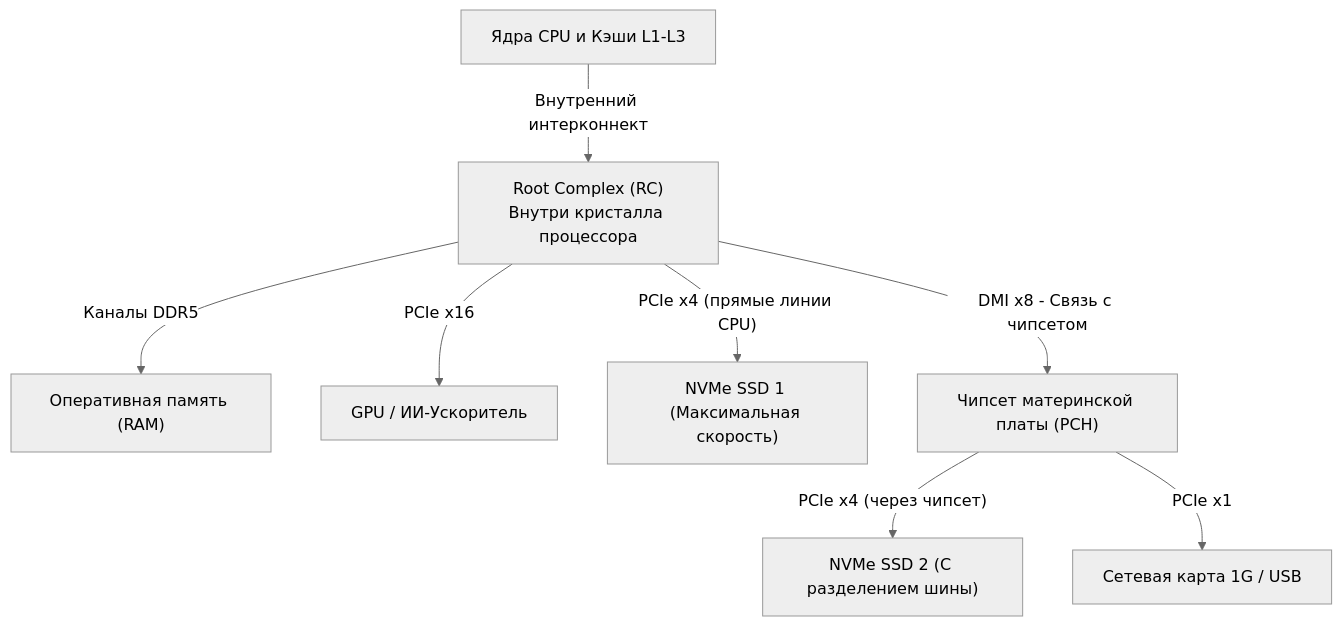
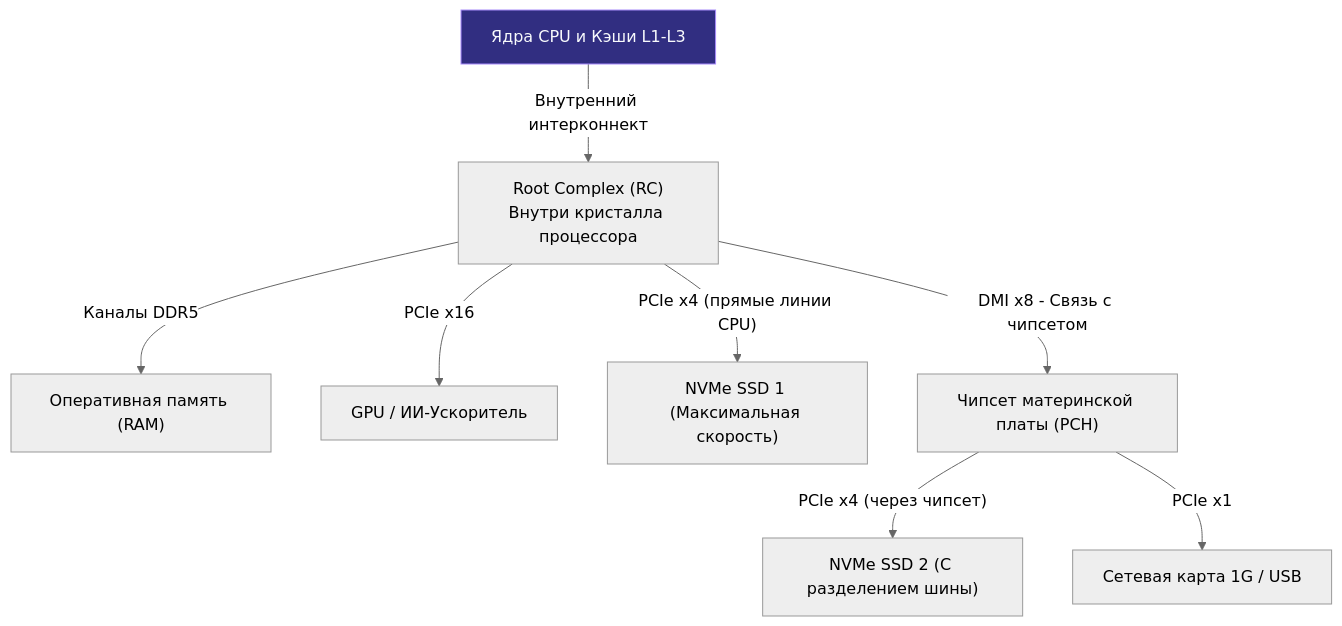
Before and after one commit to UnrealTemplier/go-textbook: the diagram in sources/1. Архитектура компьютера/36. PCIe. Как устройства общаются с CPU.md, drawn with Mermaid (neutral theme). The commit also changed 1666 other files, not shown here.

First line of the commit message:
feat(mermaid): add semantic color classDef to 1369 colorless flowchart/graph diagrams

````diff
--- a/sources/1. Архитектура компьютера/36. PCIe. Как устройства общаются с CPU.md
+++ b/sources/1. Архитектура компьютера/36. PCIe. Как устройства общаются с CPU.md
@@ -64,11 +64,21 @@
 ```mermaid
 flowchart TD
-    CPU["Ядра CPU и Кэши L1-L3"] -->|"Внутренний интерконнект"| RC["Root Complex (RC)<br>Внутри кристалла процессора"]
+    classDef process  fill:#1e293b,stroke:#38bdf8,stroke-width:1px,color:#f8fafc
+    classDef success  fill:#064e3b,stroke:#34d399,stroke-width:1px,color:#f8fafc
+    classDef error    fill:#7f1d1d,stroke:#f87171,stroke-width:1px,color:#f8fafc
+    classDef warning  fill:#78350f,stroke:#fbbf24,stroke-width:1px,color:#f8fafc
+    classDef entry    fill:#1e3a5f,stroke:#38bdf8,stroke-width:2px,color:#f8fafc
+    classDef aux      fill:#334155,stroke:#64748b,stroke-width:1px,color:#f8fafc
+    classDef system   fill:#312e81,stroke:#a78bfa,stroke-width:1px,color:#f8fafc
+    classDef data     fill:#132d29,stroke:#2dd4bf,stroke-width:1px,color:#f8fafc
+    classDef network  fill:#881337,stroke:#fb7185,stroke-width:1px,color:#f8fafc
+    classDef accent   fill:#1e1b4b,stroke:#818cf8,stroke-width:1px,color:#f8fafc
+    CPU["Ядра CPU и Кэши L1-L3"]:::system -->|"Внутренний интерконнект"| RC["Root Complex (RC)<br>Внутри кристалла процессора"]
     RC -->|"Каналы DDR5"| RAM["Оперативная память (RAM)"]
     RC -->|"PCIe x16"| GPU["GPU / ИИ-Ускоритель"]
     RC -->|"PCIe x4 (прямые линии CPU)"| NVMe1["NVMe SSD 1 (Максимальная скорость)"]
     
     RC -->|"DMI x8 - Связь с чипсетом"| PCH["Чипсет материнской платы (PCH)"]
     PCH -->|"PCIe x4 (через чипсет)"| NVMe2["NVMe SSD 2 (С разделением шины)"]
     PCH -->|"PCIe x1"| NIC["Сетевая карта 1G / USB"]
 ```
````
